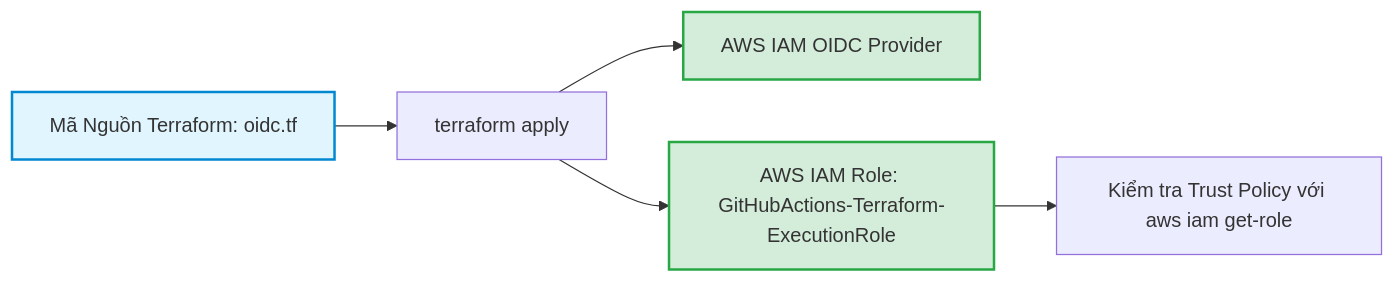
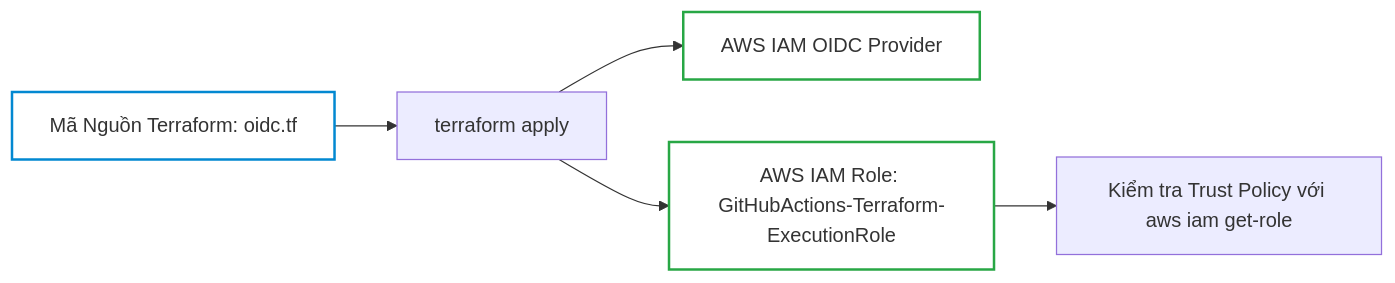
Before and after one commit to kiennt308/ntk: the fourth of 5 diagrams in _posts/2026-09-13-terraform-19-19-terraform-trong-cicd-gitlab-ci-github-actions-va-oidc.md, drawn with Mermaid. The commit also changed other lines of this file and 207 other files, not shown here.

Commit message:
feat(posts): batch standardize all 208 posts with TL;DR, qa-card accordion, fill:none mermaid, and liquid raw wrappers

````diff
--- a/_posts/2026-09-13-terraform-19-19-terraform-trong-cicd-gitlab-ci-github-actions-va-oidc.md
+++ b/_posts/2026-09-13-terraform-19-19-terraform-trong-cicd-gitlab-ci-github-actions-va-oidc.md
@@ -378,13 +382,13 @@
 ```mermaid
 graph LR
     A["Mã Nguồn Terraform: oidc.tf"] --> B["terraform apply"]
     B --> C["AWS IAM OIDC Provider"]
     B --> D["AWS IAM Role: GitHubActions-Terraform-ExecutionRole"]
     D --> E["Kiểm tra Trust Policy với aws iam get-role"]
 
-    style A fill:#e1f5fe,stroke:#0288d1,stroke-width:2px
-    style C fill:#d4edda,stroke:#28a745,stroke-width:2px
-    style D fill:#d4edda,stroke:#28a745,stroke-width:2px
+    style A fill:none,stroke:#0288d1,stroke-width:2px
+    style C fill:none,stroke:#28a745,stroke-width:2px
+    style D fill:none,stroke:#28a745,stroke-width:2px
 
 
 ```
````
